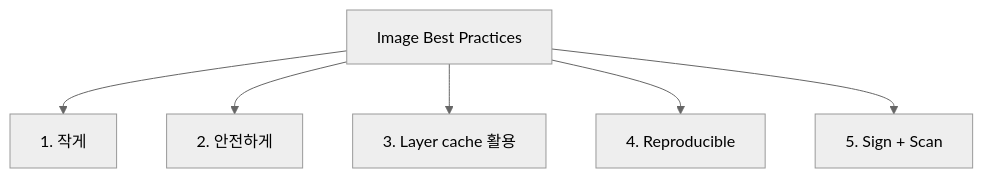
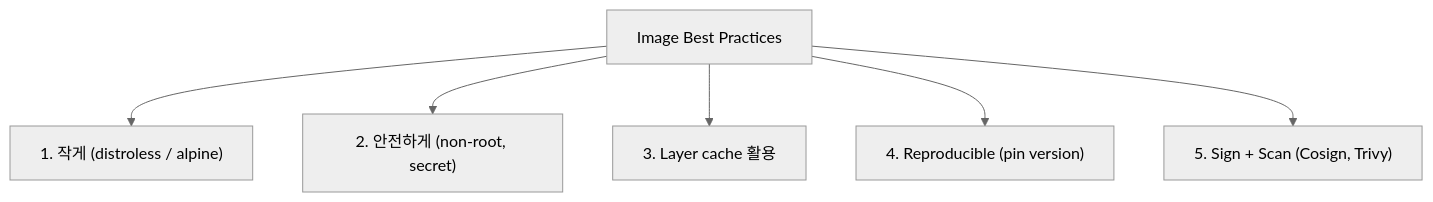
One commit to shinkeonkim/shinkeonkim.github.io changed the first of 2 diagrams in src/content/wiki/virtualization/container-image-best-practices.mdx. Above: the diagram before and after it, drawn with Mermaid (neutral theme). The commit also changed other lines of this file and 526 other files, not shown here.

First line of the commit message:
content(wiki): 전수조사 및 대규모 보강 (짧은 파일 0, mermaid +645)

````diff
--- a/src/content/wiki/virtualization/container-image-best-practices.mdx
+++ b/src/content/wiki/virtualization/container-image-best-practices.mdx
@@ -16,9 +24,9 @@
 ```mermaid
 flowchart TB
     Q[Image Best Practices]
-    Q --> Small[1. 작게]
-    Q --> Sec[2. 안전하게]
-    Q --> Cache[3. Layer cache 활용]
-    Q --> Repro[4. Reproducible]
-    Q --> Sign[5. Sign + Scan]
+    Q --> Small["1. 작게 (distroless / alpine)"]
+    Q --> Sec["2. 안전하게 (non-root, secret)"]
+    Q --> Cache["3. Layer cache 활용"]
+    Q --> Repro["4. Reproducible (pin version)"]
+    Q --> Sign["5. Sign + Scan (Cosign, Trivy)"]
 ```
````
